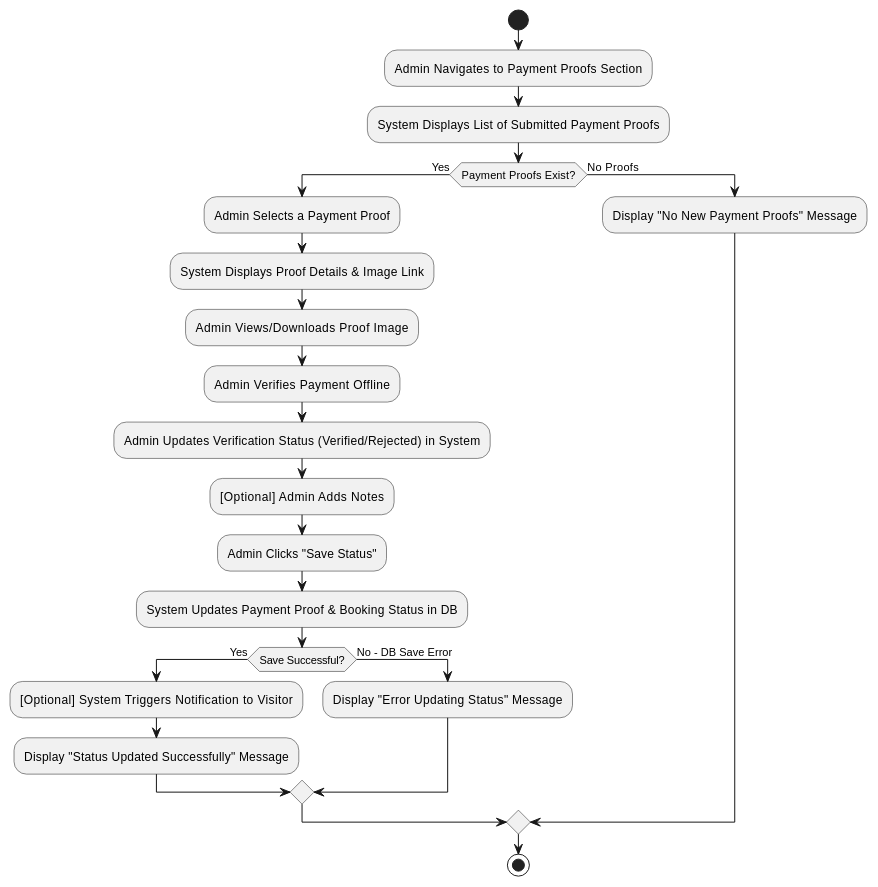
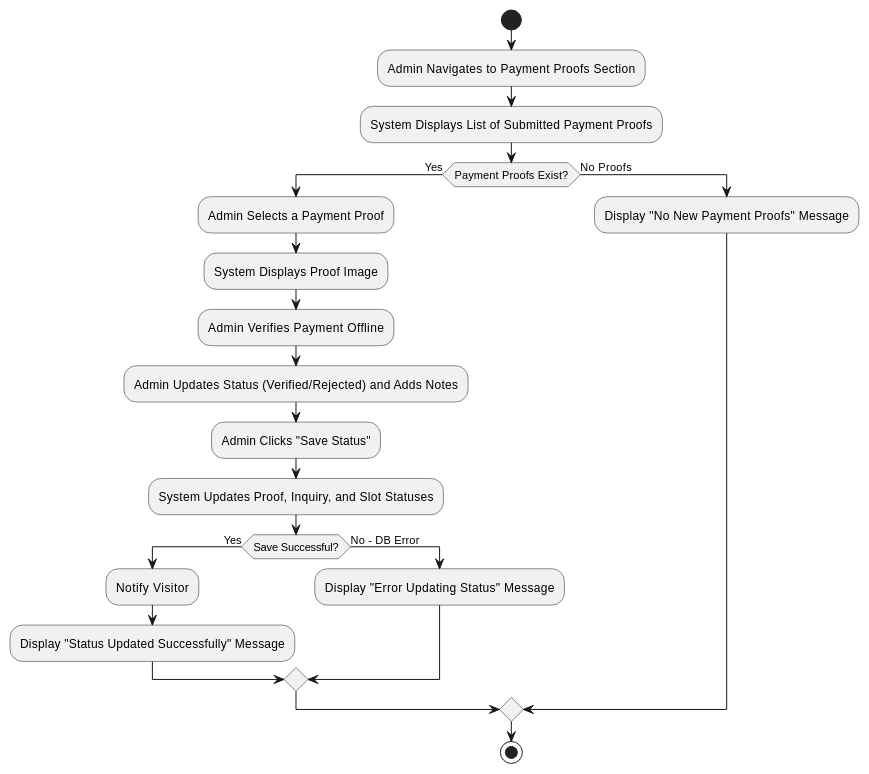
Before and after one commit to 7azmi/Al-Muneer-Portal: diagram 27 of 34 in Academic fluff (temp)/appendix: SRS.md, drawn with PlantUML. The commit also changed other lines of this file, not shown here.

````diff
--- a/Academic fluff (temp)/appendix: SRS.md
+++ b/Academic fluff (temp)/appendix: SRS.md
@@ -1204,26 +1216,24 @@
 ```plantuml
 @startuml
 start
 :Admin Navigates to Payment Proofs Section;
 :System Displays List of Submitted Payment Proofs;
 if (Payment Proofs Exist?) then (Yes)
   :Admin Selects a Payment Proof;
-  :System Displays Proof Details & Image Link;
-  :Admin Views/Downloads Proof Image;
+  :System Displays Proof Image;
   :Admin Verifies Payment Offline;
-  :Admin Updates Verification Status (Verified/Rejected) in System;
-  :[Optional] Admin Adds Notes;
+  :Admin Updates Status (Verified/Rejected) and Adds Notes;
   :Admin Clicks "Save Status";
-  :System Updates Payment Proof & Booking Status in DB;
+  :System Updates Proof, Inquiry, and Slot Statuses;
   if (Save Successful?) then (Yes)
-    :[Optional] System Triggers Notification to Visitor;
+    :Notify Visitor;
     :Display "Status Updated Successfully" Message;
-  else (No - DB Save Error)
+  else (No - DB Error)
     :Display "Error Updating Status" Message;
   endif
 else (No Proofs)
   :Display "No New Payment Proofs" Message;
 endif
 stop
 @enduml
 ```
````
